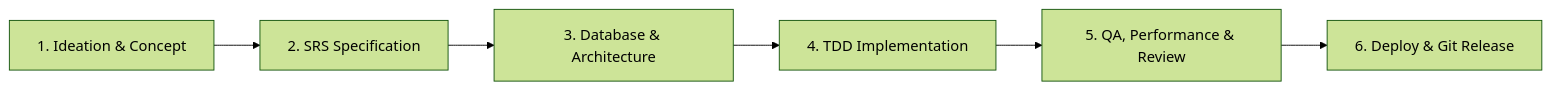
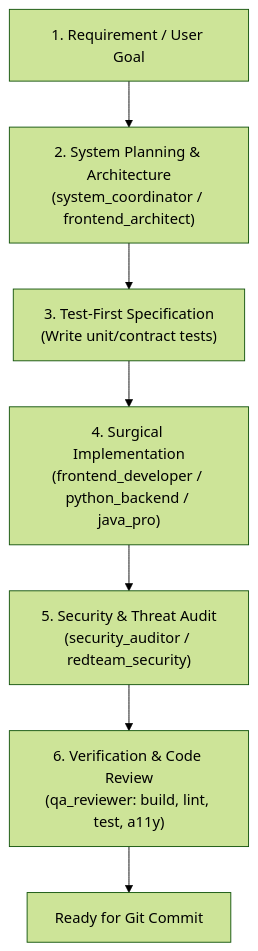
The diagram in rules/AGENTS.md (hienpham0344/Agent-kit), drawn with Mermaid (forest theme) before and after one commit. The commit also changed other lines of this file and 1 other file, not shown here.

````diff
--- a/rules/AGENTS.md
+++ b/rules/AGENTS.md
@@ -11,8 +54,9 @@
 ```mermaid
-flowchart LR
-    A["1. Ideation & Concept"] --> B["2. SRS Specification"]
-    B --> C["3. Database & Architecture"]
-    C --> D["4. TDD Implementation"]
-    D --> E["5. QA, Performance & Review"]
-    E --> F["6. Deploy & Git Release"]
+flowchart TD
+    Req["1. Requirement / User Goal"] --> Arch["2. System Planning & Architecture<br/>(system_coordinator / frontend_architect)"]
+    Arch --> TDD["3. Test-First Specification<br/>(Write unit/contract tests)"]
+    TDD --> Dev["4. Surgical Implementation<br/>(frontend_developer / python_backend / java_pro)"]
+    Dev --> Sec["5. Security & Threat Audit<br/>(security_auditor / redteam_security)"]
+    Sec --> QA["6. Verification & Code Review<br/>(qa_reviewer: build, lint, test, a11y)"]
+    QA --> Done["Ready for Git Commit"]
 ```
````
